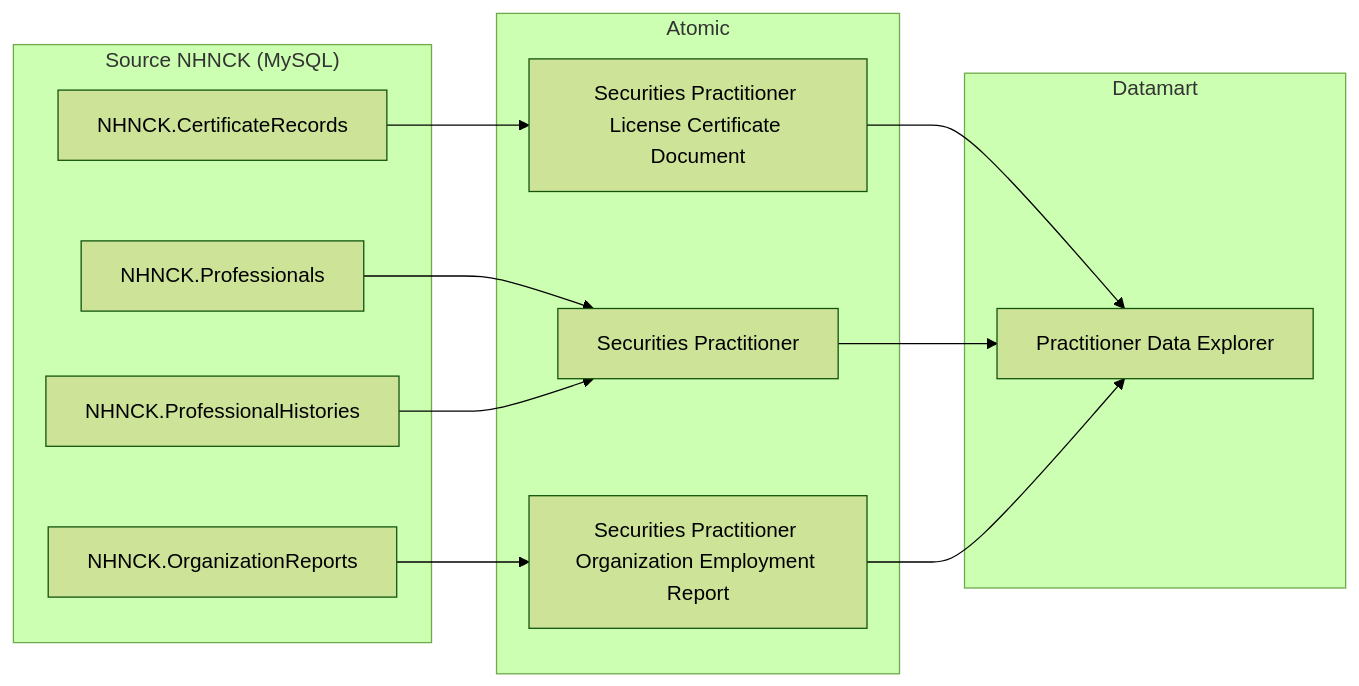
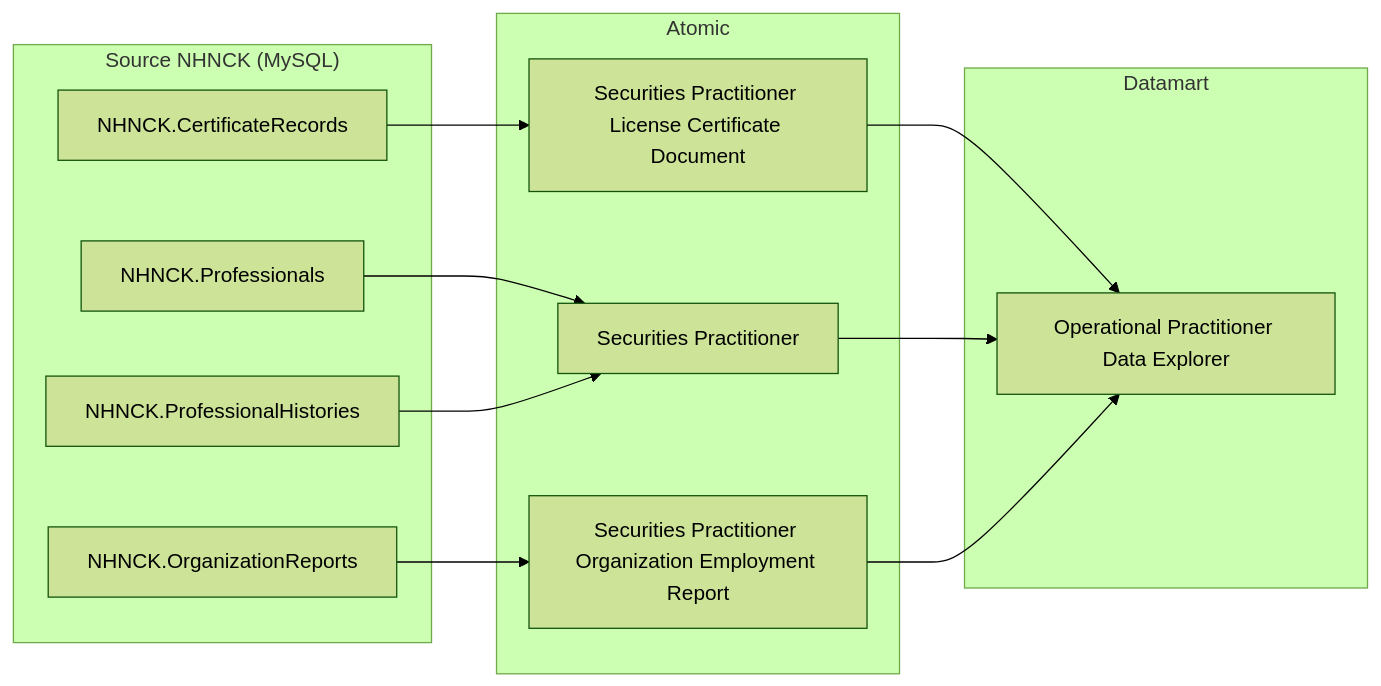
Before and after one commit to linhlvit/ubck_atomic_design: diagram 11 of 40 in Datamart/hld/DTM_NHNCK_HLD.md, drawn with Mermaid (forest theme). The commit also changed other lines of this file and 52 other files, not shown here.

````diff
--- a/Datamart/hld/DTM_NHNCK_HLD.md
+++ b/Datamart/hld/DTM_NHNCK_HLD.md
@@ -339,28 +339,28 @@
 ```mermaid
 flowchart LR
     subgraph SRC["Source NHNCK (MySQL)"]
         S1["NHNCK.CertificateRecords"]
         S2["NHNCK.Professionals"]
         S3["NHNCK.ProfessionalHistories"]
         S4["NHNCK.OrganizationReports"]
     end
 
     subgraph SIL["Atomic"]
         SV1["Securities Practitioner License Certificate Document"]
         SV2["Securities Practitioner"]
         SV3["Securities Practitioner Organization Employment Report"]
     end
 
     subgraph Datamart["Datamart"]
-        G1["Practitioner Data Explorer"]
+        G1["Operational Practitioner Data Explorer"]
     end
 
     S1 --> SV1
     S2 --> SV2
     S3 --> SV2
     S4 --> SV3
 
     SV1 --> G1
     SV2 --> G1
     SV3 --> G1
 ```
````
